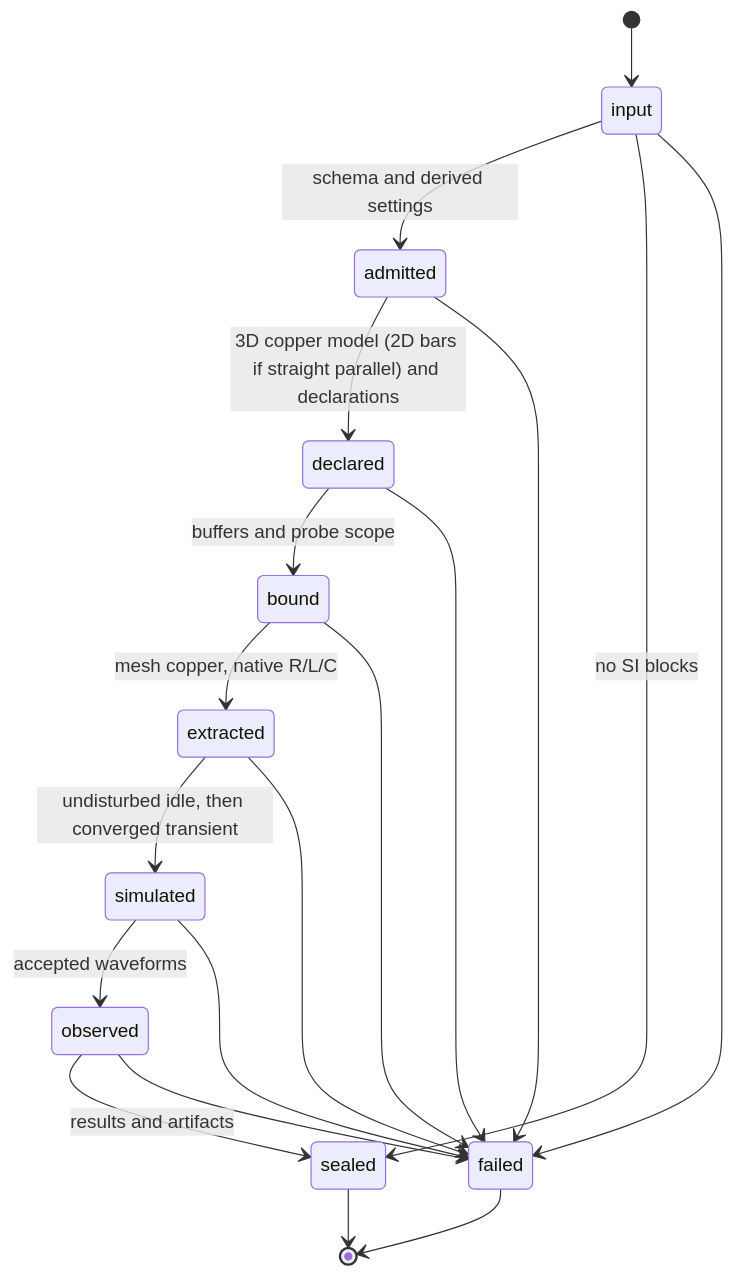
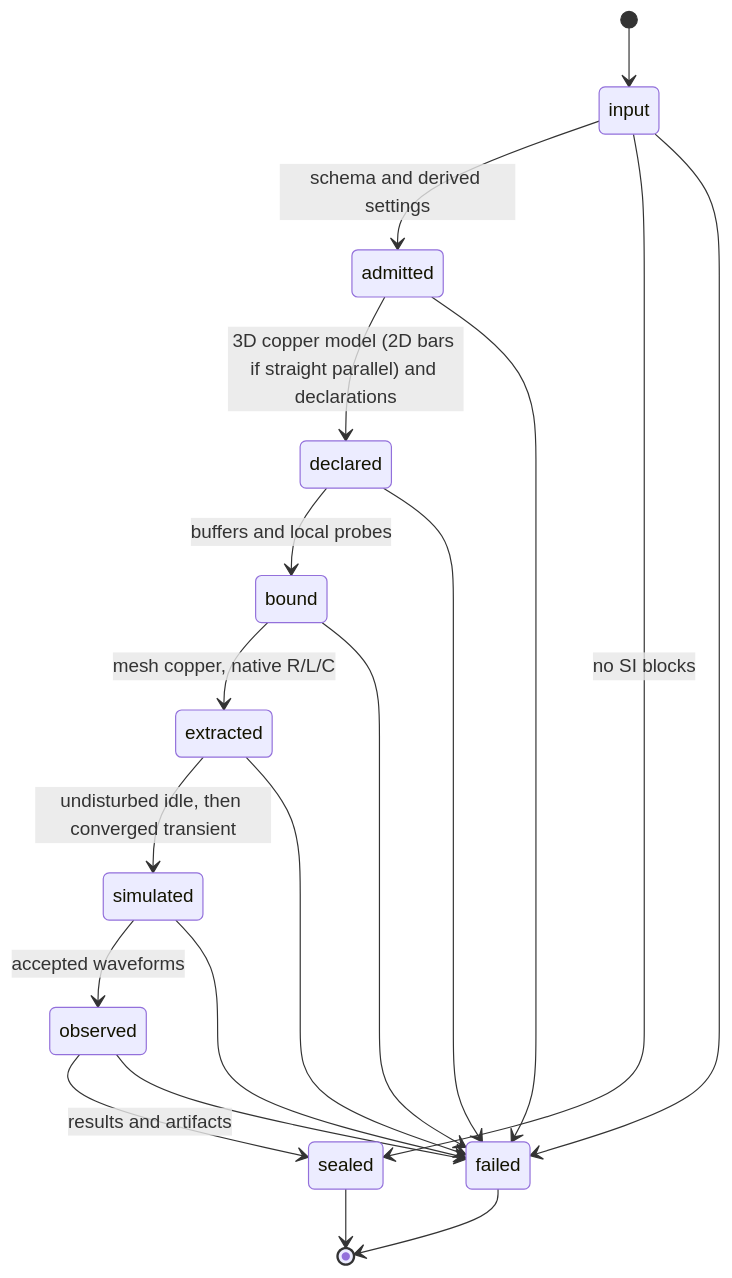
The second of 2 diagrams in docs/ARCHITECTURE.md (tscircuit/pcb-spice-pipeline), drawn with Mermaid before and after one commit. The commit also changed 34 other files, not shown here.

````diff
--- a/docs/ARCHITECTURE.md
+++ b/docs/ARCHITECTURE.md
@@ -25,21 +25,21 @@
 ```mermaid
 stateDiagram-v2
   [*] --> input
   input --> admitted: schema and derived settings
   input --> sealed: no SI blocks
   admitted --> declared: 3D copper model (2D bars if straight parallel) and declarations
-  declared --> bound: buffers and probe scope
+  declared --> bound: buffers and local probes
   bound --> extracted: mesh copper, native R/L/C
   extracted --> simulated: undisturbed idle, then converged transient
   simulated --> observed: accepted waveforms
   observed --> sealed: results and artifacts
   input --> failed
   admitted --> failed
   declared --> failed
   bound --> failed
   extracted --> failed
   simulated --> failed
   observed --> failed
   sealed --> [*]
   failed --> [*]
 ```
````
